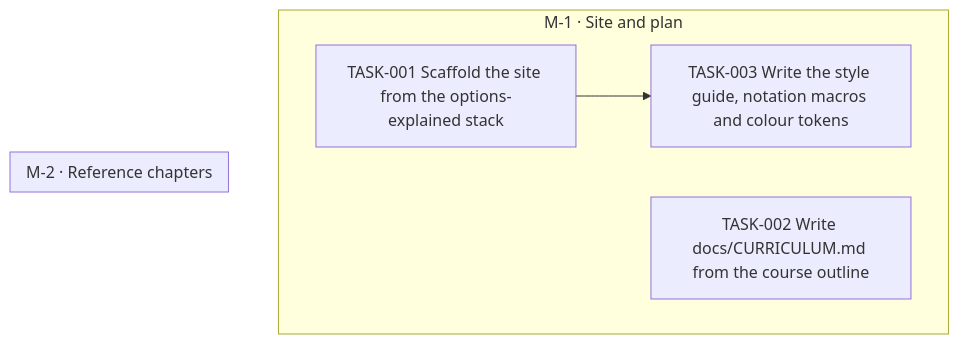
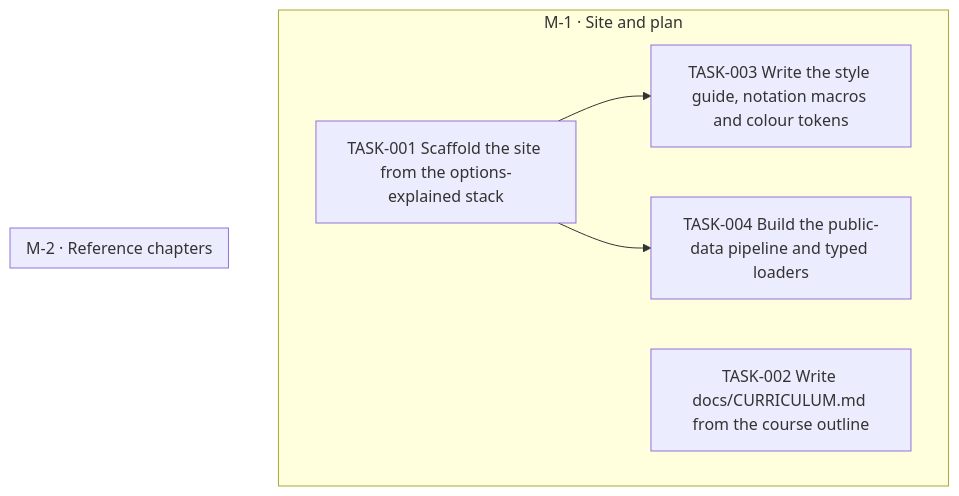
The diagram in goals/course-site/README.md (all-explained/empirical-finance-lbs), drawn with Mermaid before and after one commit. The commit also changed 1 other file, not shown here.

Commit message:
goal(course-site): add TASK-004 Build the public-data pipeline and typed loaders

````diff
--- a/goals/course-site/README.md
+++ b/goals/course-site/README.md
@@ -19,14 +19,16 @@
 ```mermaid
 flowchart TD
   subgraph M_1["M-1 · Site and plan"]
     TASK_001["TASK-001 Scaffold the site from the options-explained stack"]
     TASK_002["TASK-002 Write docs/CURRICULUM.md from the course outline"]
     TASK_003["TASK-003 Write the style guide, notation macros and colour tokens"]
+    TASK_004["TASK-004 Build the public-data pipeline and typed loaders"]
   end
   subgraph M_2["M-2 · Reference chapters"]
   end
   TASK_001 --> TASK_003
+  TASK_001 --> TASK_004
   classDef draft stroke-dasharray: 4 3
   classDef cancelled opacity:0.45
   classDef decision fill:#f3e8ff,stroke:#7c3aed
 ```
````
